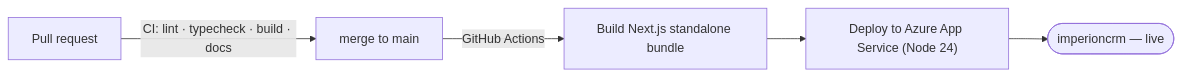
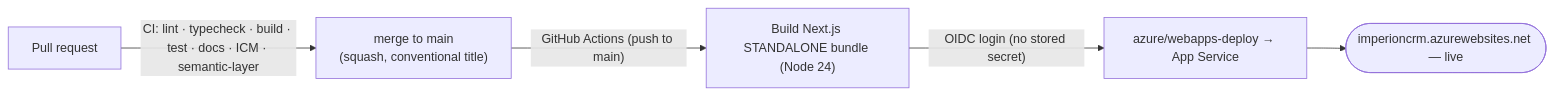
Before and after one commit to markdconnelly/ImperionCRM: the diagram in docs/deployment/README.md, drawn with Mermaid. The commit also changed other lines of this file and 11 other files, not shown here.

````diff
--- a/docs/deployment/README.md
+++ b/docs/deployment/README.md
@@ -9,7 +25,7 @@
 ```mermaid
 flowchart LR
-    PR["Pull request"] -->|CI: lint · typecheck · build · docs| MAIN["merge to main"]
-    MAIN -->|GitHub Actions| BUILD["Build Next.js standalone bundle"]
-    BUILD --> DEPLOY["Deploy to Azure App Service (Node 24)"]
-    DEPLOY --> LIVE(["imperioncrm — live"])
+    PR["Pull request"] -->|"CI: lint · typecheck · build · test · docs · ICM · semantic-layer"| MAIN["merge to main<br/>(squash, conventional title)"]
+    MAIN -->|"GitHub Actions (push to main)"| BUILD["Build Next.js STANDALONE bundle (Node 24)"]
+    BUILD -->|"OIDC login (no stored secret)"| DEPLOY["azure/webapps-deploy → App Service"]
+    DEPLOY --> LIVE(["imperioncrm.azurewebsites.net — live"])
 ```
````
